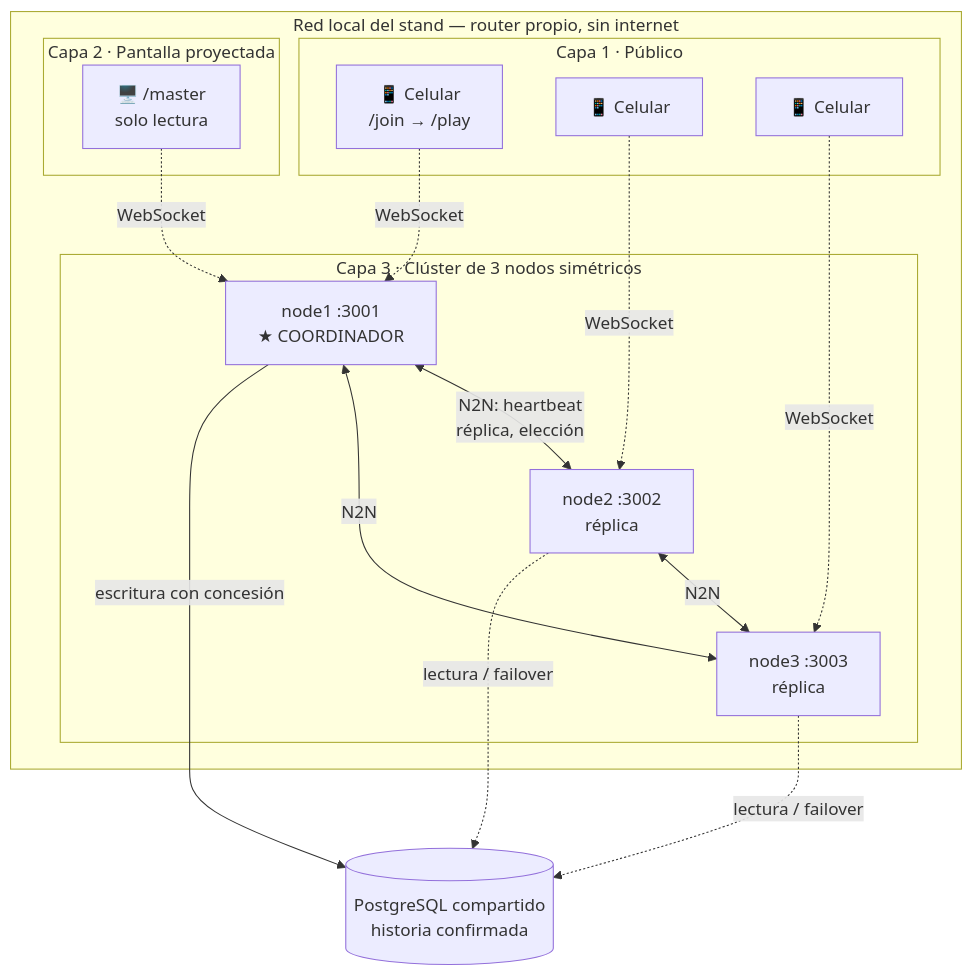
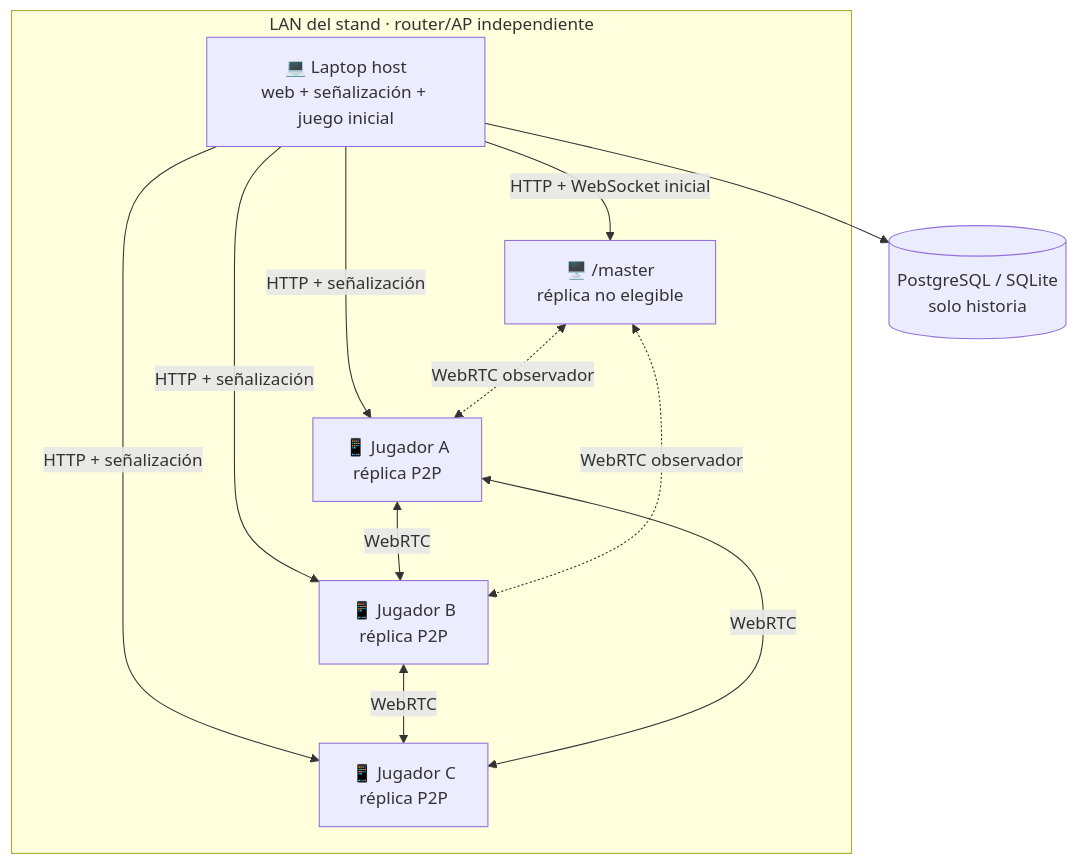
One commit to acampanaa/silunet changed the first of 4 diagrams in README.md. Above: the diagram before and after it, drawn with Mermaid. The commit also changed other lines of this file and 34 other files, not shown here.

````diff
--- a/README.md
+++ b/README.md
@@ -148,34 +151,23 @@
 ```mermaid
 flowchart TB
-    subgraph LAN["Red local del stand — router propio, sin internet"]
-        subgraph Cap1["Capa 1 · Público"]
-            C1["📱 Celular<br/>/join → /play"]
-            C2["📱 Celular"]
-            C3["📱 Celular"]
-        end
-
-        subgraph Cap2["Capa 2 · Pantalla proyectada"]
-            M["🖥️ /master<br/>solo lectura"]
-        end
-
-        subgraph Cap3["Capa 3 · Clúster de 3 nodos simétricos"]
-            N1["node1 :3001<br/>★ COORDINADOR"]
-            N2["node2 :3002<br/>réplica"]
-            N3["node3 :3003<br/>réplica"]
-        end
+    subgraph LAN["LAN del stand · router/AP independiente"]
+        H["💻 Laptop host<br/>web + señalización + juego inicial"]
+        M["🖥️ /master<br/>réplica no elegible"]
+        C1["📱 Jugador A<br/>réplica P2P"]
+        C2["📱 Jugador B<br/>réplica P2P"]
+        C3["📱 Jugador C<br/>réplica P2P"]
     end
 
-    C1 -.->|WebSocket| N1
-    C2 -.->|WebSocket| N2
-    C3 -.->|WebSocket| N3
-    M  -.->|WebSocket| N1
+    H -->|"HTTP + WebSocket inicial"| M
+    H -->|"HTTP + señalización"| C1
+    H -->|"HTTP + señalización"| C2
+    H -->|"HTTP + señalización"| C3
+    C1 <-->|WebRTC| C2
+    C2 <-->|WebRTC| C3
+    C1 <-->|WebRTC| C3
+    M <-.->|WebRTC observador| C1
+    M <-.->|WebRTC observador| C2
 
-    N1 <-->|"N2N: heartbeat<br/>réplica, elección"| N2
-    N2 <-->|N2N| N3
-    N1 <-->|N2N| N3
-
-    DB[("PostgreSQL compartido<br/>historia confirmada")]
-    N1 -->|escritura con concesión| DB
-    N2 -.->|lectura / failover| DB
-    N3 -.->|lectura / failover| DB
+    DB[("PostgreSQL / SQLite<br/>solo historia")]
+    H --> DB
 ```
````
